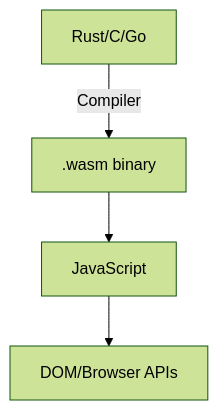
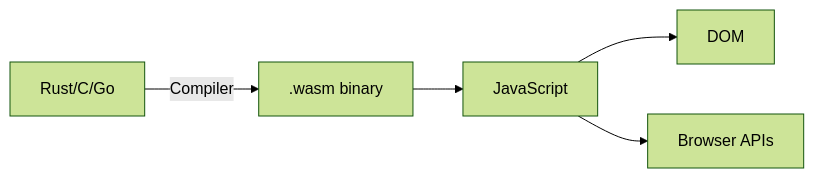
Before and after one commit to denis23x/denis-iakimenko: the first of 2 diagrams in src/data/blog/_2026/webassembly-without-the-hype.md, drawn with Mermaid (forest theme). The commit also changed 1 other file, not shown here.

Commit message:
Add new blog post on frontend security for 2026: covers XSS, CSRF, middleware bypasses, and best practices for securing React and Next.js applications, with practical code examples and insights on emerging vulnerabilities.

````diff
--- a/src/data/blog/_2026/webassembly-without-the-hype.md
+++ b/src/data/blog/_2026/webassembly-without-the-hype.md
@@ -39,6 +39,7 @@
 ```mermaid caption=How WebAssembly fits into the stack
-flowchart TD
+flowchart LR
     A[Rust/C/Go] -->|Compiler| B[.wasm binary]
     B --> C[JavaScript]
-    C --> D[DOM/Browser APIs]
+    C --> D[DOM]
+    C --> E[Browser APIs]
 ```
````
